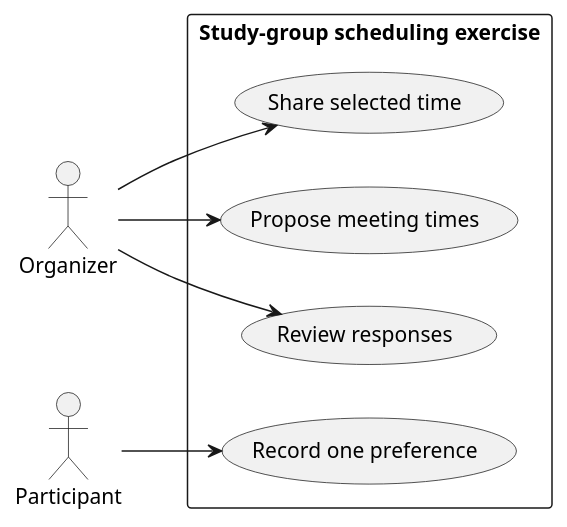
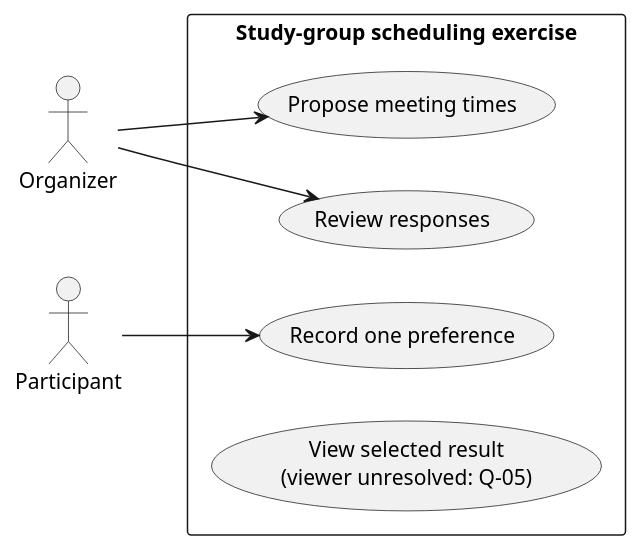
The first of 3 diagrams in docs/curriculum/samples/group-05-plantuml-behavior.md (MahmoudAlmodalal/Ai_agents), drawn with PlantUML before and after one commit. The commit also changed other lines of this file and 54 other files, not shown here.

````diff
--- a/docs/curriculum/samples/group-05-plantuml-behavior.md
+++ b/docs/curriculum/samples/group-05-plantuml-behavior.md
@@ -17,17 +17,16 @@
 ```plantuml
 @startuml
 left to right direction
 actor Organizer
 actor Participant
 rectangle "Study-group scheduling exercise" {
   usecase "Propose meeting times" as UC1
   usecase "Record one preference" as UC2
   usecase "Review responses" as UC3
-  usecase "Share selected time" as UC4
+  usecase "View selected result\n(viewer unresolved: Q-05)" as UC4
 }
 Organizer --> UC1
 Organizer --> UC3
-Organizer --> UC4
 Participant --> UC2
 @enduml
 ```
````
